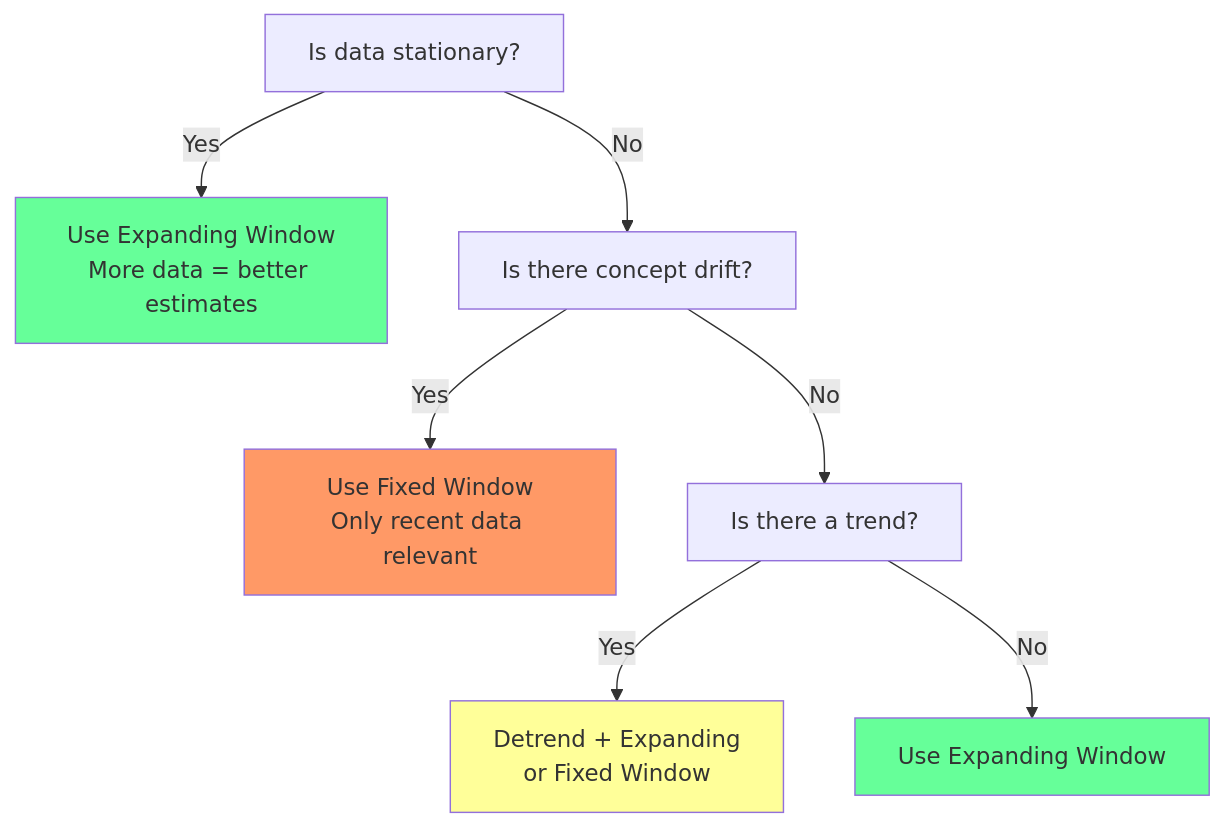
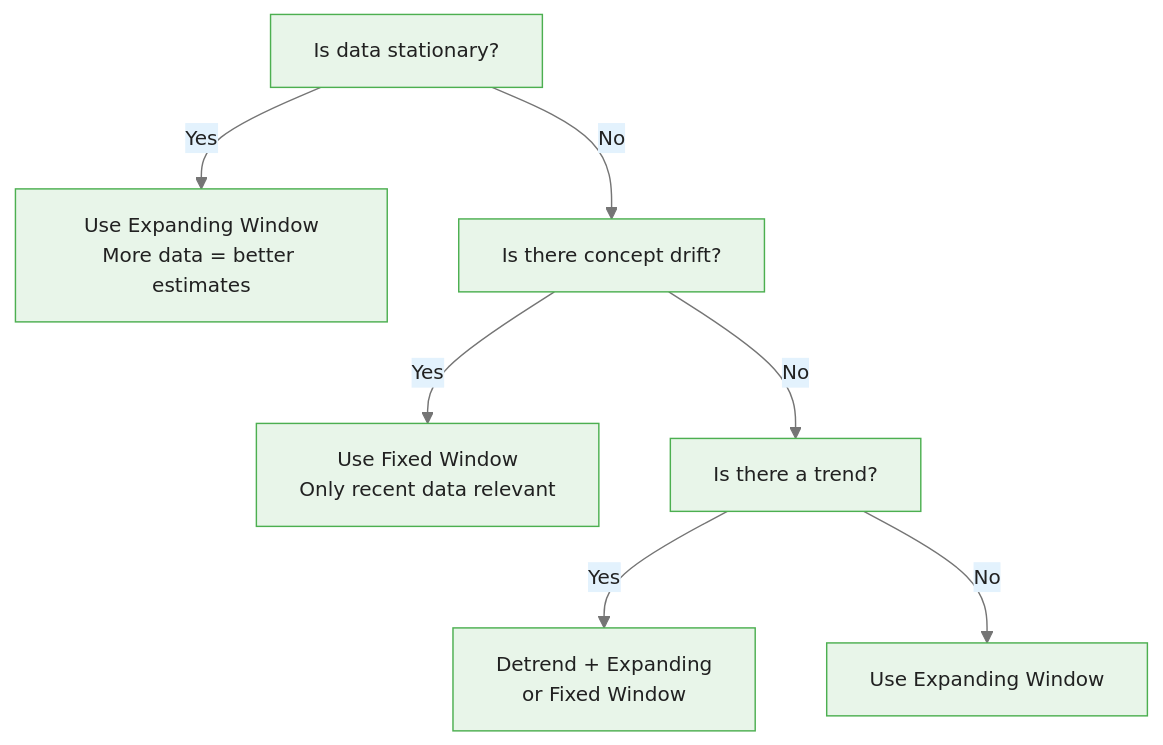
One commit to m-deane/course-creator changed the second of 2 diagrams in courses/genetic-algorithms-feature-selection/modules/module_03_time_series/guides/01_walk_forward_slides.md. Above: the diagram before and after it, drawn with Mermaid. The commit also changed other lines of this file and 52 other files, not shown here.

````diff
--- a/courses/genetic-algorithms-feature-selection/modules/module_03_time_series/guides/01_walk_forward_slides.md
+++ b/courses/genetic-algorithms-feature-selection/modules/module_03_time_series/guides/01_walk_forward_slides.md
@@ -159,13 +160,10 @@
 ```mermaid
+%%{init: {"theme": "base", "themeVariables": {"primaryColor": "#e8f5e9", "primaryBorderColor": "#4caf50", "primaryTextColor": "#212121", "secondaryColor": "#e3f2fd", "tertiaryColor": "#fff8e1", "lineColor": "#757575", "fontFamily": "Inter, sans-serif", "fontSize": "14px"}}}%%
 flowchart TD
     A["Is data stationary?"] -->|Yes| B["Use Expanding Window<br/>More data = better estimates"]
     A -->|No| C["Is there concept drift?"]
     C -->|Yes| D["Use Fixed Window<br/>Only recent data relevant"]
     C -->|No| E["Is there a trend?"]
     E -->|Yes| F["Detrend + Expanding<br/>or Fixed Window"]
     E -->|No| G["Use Expanding Window"]
-    style B fill:#6f9
-    style D fill:#f96
-    style F fill:#ff9
-    style G fill:#6f9
 ```
````
